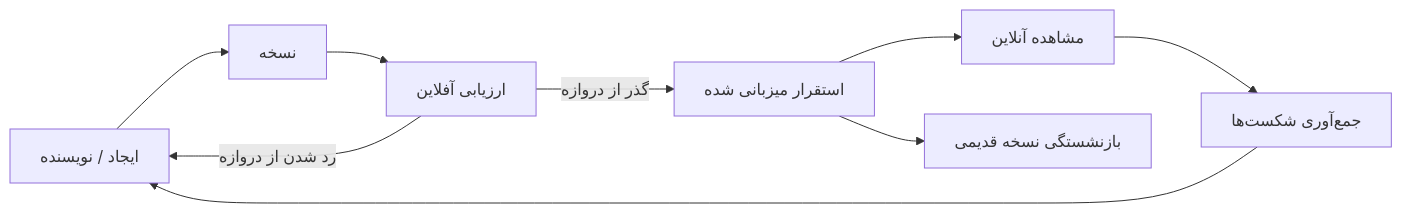
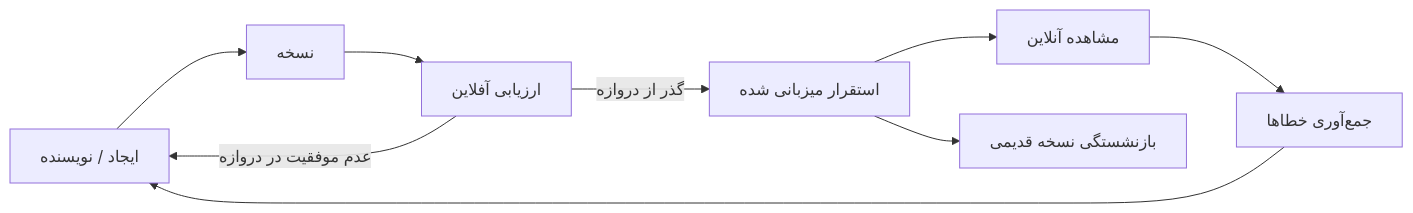
The second of 4 diagrams in mirrors/repos/microsoft@ai-agents-for-beginners/translations/fa/16-deploying-scalable-agents/README.md (gabrielmoreira/agent-skills-mirror), drawn with Mermaid before and after one commit. The commit also changed other lines of this file and 3581 other files, not shown here.

````diff
--- a/mirrors/repos/microsoft@ai-agents-for-beginners/translations/fa/16-deploying-scalable-agents/README.md
+++ b/mirrors/repos/microsoft@ai-agents-for-beginners/translations/fa/16-deploying-scalable-agents/README.md
@@ -108,11 +108,11 @@
 ```mermaid
 flowchart LR
     Create[ایجاد / نویسنده] --> Version[نسخه]
     Version --> Evaluate[ارزیابی آفلاین]
     Evaluate -->|گذر از دروازه| Deploy[استقرار میزبانی شده]
-    Evaluate -->|رد شدن از دروازه| Create
+    Evaluate -->|عدم موفقیت در دروازه| Create
     Deploy --> Observe[مشاهده آنلاین]
-    Observe --> Improve[جمع‌آوری شکست‌ها]
+    Observe --> Improve[جمع‌آوری خطاها]
     Improve --> Create
     Deploy --> Retire[بازنشستگی نسخه قدیمی]
 ```
````
